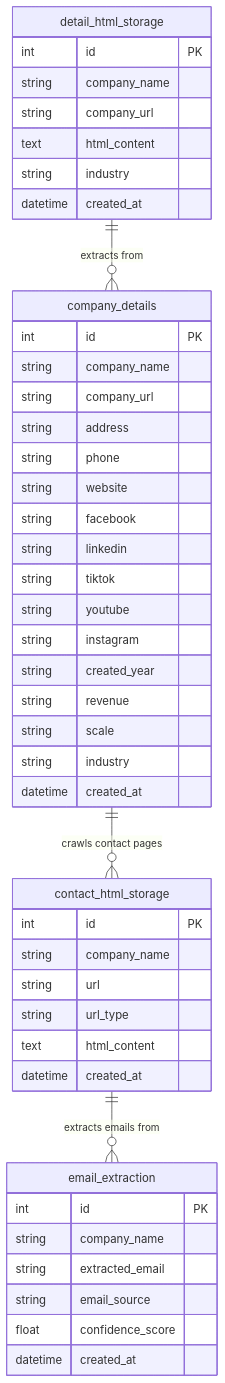
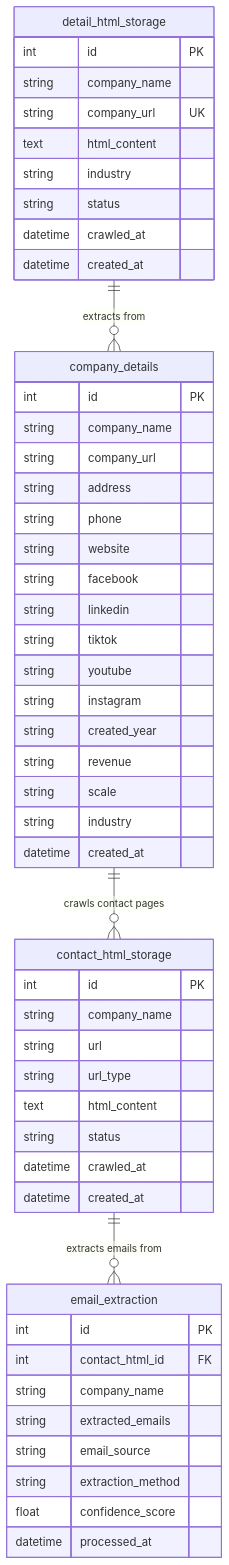
One commit to tranvietphuoc/pcrawler changed the second of 2 diagrams in README.md. Above: the diagram before and after it, drawn with Mermaid. The commit also changed other lines of this file and 2 other files, not shown here.

Commit message:
edit split email logic

````diff
--- a/README.md
+++ b/README.md
@@ -80,52 +96,58 @@
 ```mermaid
 erDiagram
     detail_html_storage {
         int id PK
         string company_name
-        string company_url
+        string company_url UK
         text html_content
         string industry
+        string status
+        datetime crawled_at
         datetime created_at
     }
 
     company_details {
         int id PK
         string company_name
         string company_url
         string address
         string phone
         string website
         string facebook
         string linkedin
         string tiktok
         string youtube
         string instagram
         string created_year
         string revenue
         string scale
         string industry
         datetime created_at
     }
 
     contact_html_storage {
         int id PK
         string company_name
         string url
         string url_type
         text html_content
+        string status
+        datetime crawled_at
         datetime created_at
     }
 
     email_extraction {
         int id PK
+        int contact_html_id FK
         string company_name
-        string extracted_email
+        string extracted_emails
         string email_source
+        string extraction_method
         float confidence_score
-        datetime created_at
+        datetime processed_at
     }
 
     detail_html_storage ||--o{ company_details : "extracts from"
     company_details ||--o{ contact_html_storage : "crawls contact pages"
     contact_html_storage ||--o{ email_extraction : "extracts emails from"
 ```
````
